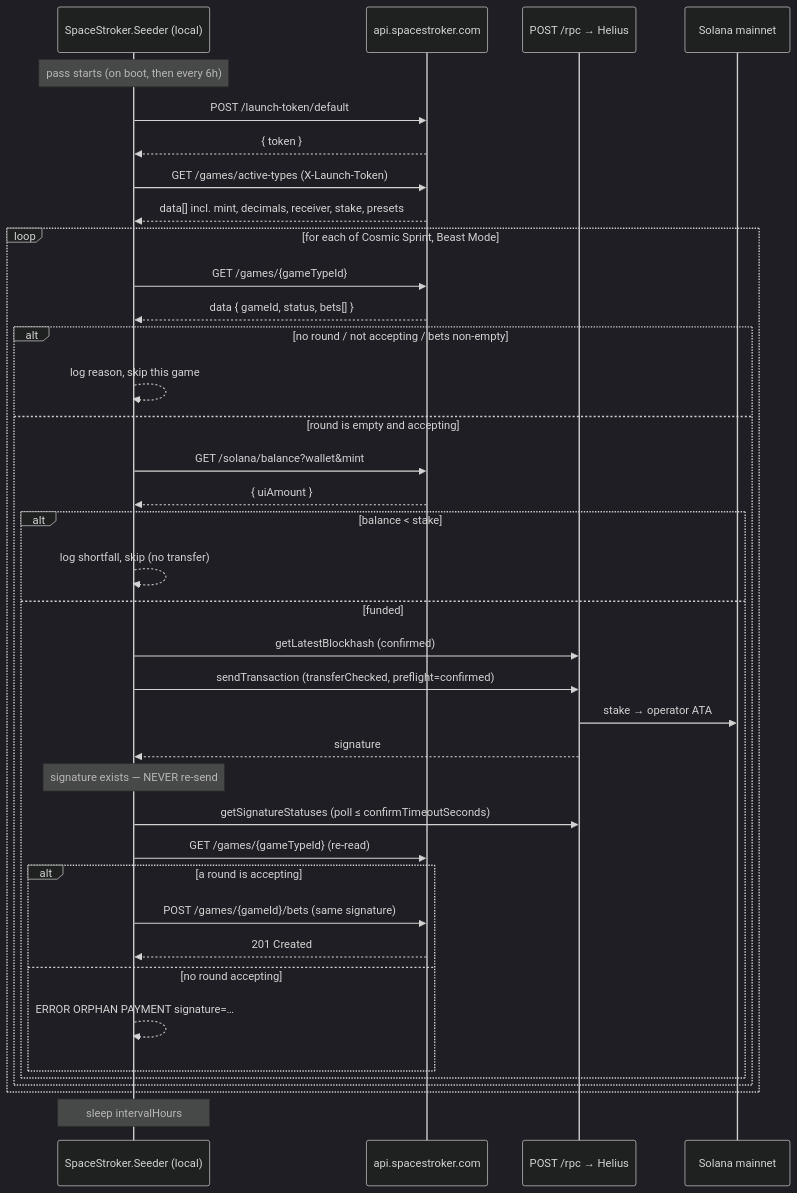
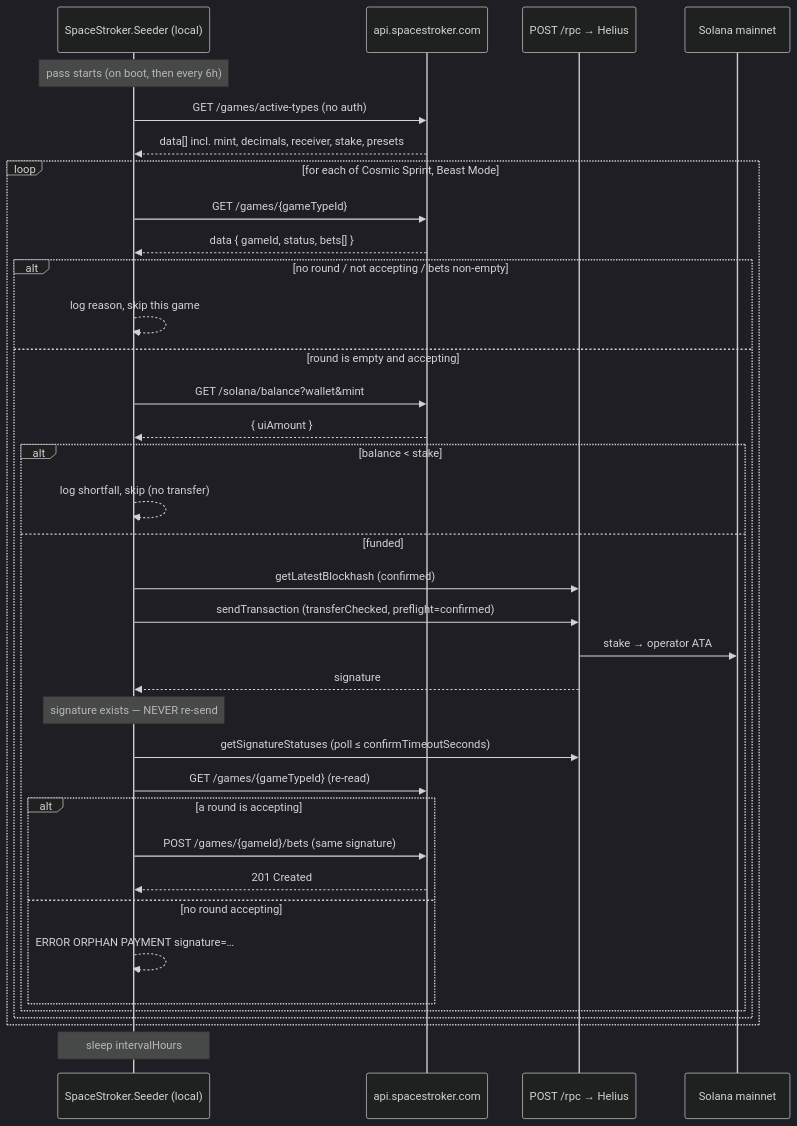
Before and after one commit to marcusruas/monkify-meta: the diagram in specs/auto-bet-seeder.md, drawn with Mermaid (dark theme). The commit also changed other lines of this file and 11 other files, not shown here.

````diff
--- a/specs/auto-bet-seeder.md
+++ b/specs/auto-bet-seeder.md
@@ -392,42 +391,40 @@
 ```mermaid
 sequenceDiagram
     participant S as SpaceStroker.Seeder (local)
     participant API as api.spacestroker.com
     participant RPC as POST /rpc → Helius
     participant CH as Solana mainnet
 
     Note over S: pass starts (on boot, then every 6h)
-    S->>API: POST /launch-token/default
-    API-->>S: { token }
-    S->>API: GET /games/active-types (X-Launch-Token)
+    S->>API: GET /games/active-types (no auth)
     API-->>S: data[] incl. mint, decimals, receiver, stake, presets
 
     loop for each of Cosmic Sprint, Beast Mode
         S->>API: GET /games/{gameTypeId}
         API-->>S: data { gameId, status, bets[] }
         alt no round / not accepting / bets non-empty
             S-->>S: log reason, skip this game
         else round is empty and accepting
             S->>API: GET /solana/balance?wallet&mint
             API-->>S: { uiAmount }
             alt balance < stake
                 S-->>S: log shortfall, skip (no transfer)
             else funded
                 S->>RPC: getLatestBlockhash (confirmed)
                 S->>RPC: sendTransaction (transferChecked, preflight=confirmed)
                 RPC->>CH: stake → operator ATA
                 RPC-->>S: signature
                 Note over S: signature exists — NEVER re-send
                 S->>RPC: getSignatureStatuses (poll ≤ confirmTimeoutSeconds)
                 S->>API: GET /games/{gameTypeId} (re-read)
                 alt a round is accepting
                     S->>API: POST /games/{gameId}/bets (same signature)
                     API-->>S: 201 Created
                 else no round accepting
                     S-->>S: ERROR ORPHAN PAYMENT signature=…
                 end
             end
         end
     end
     Note over S: sleep intervalHours
 ```
````
